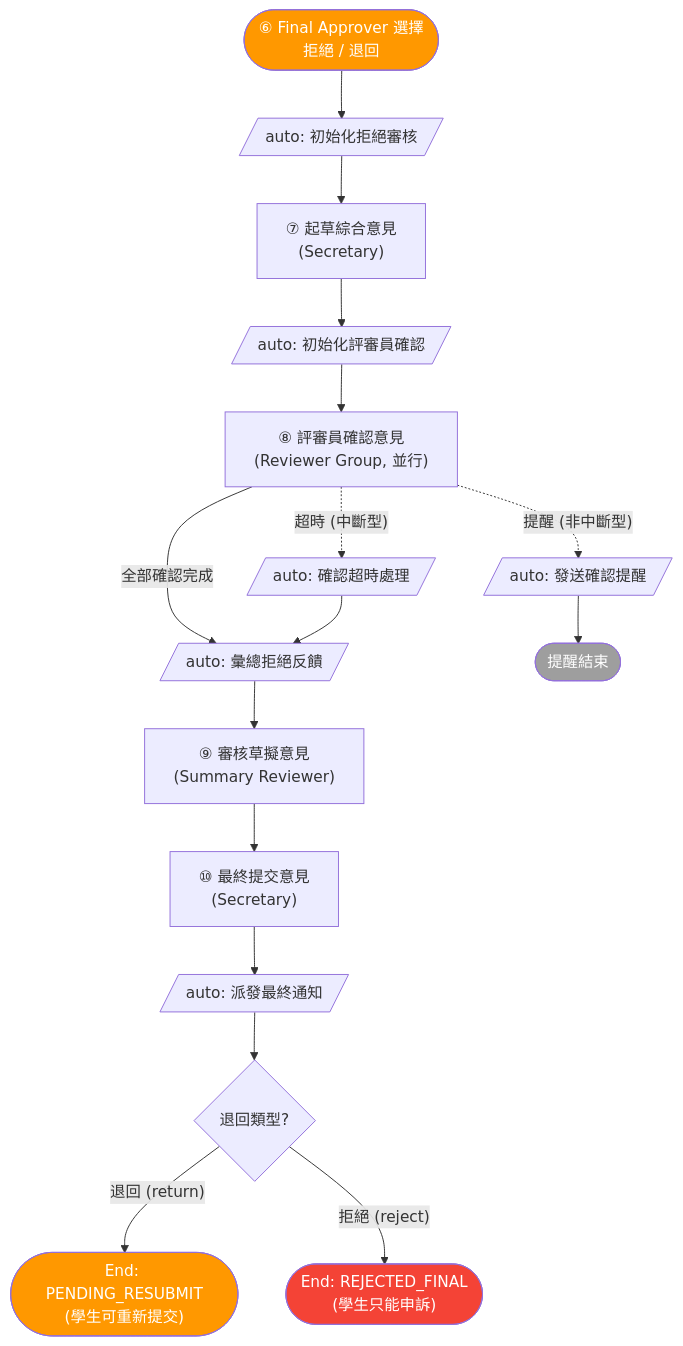
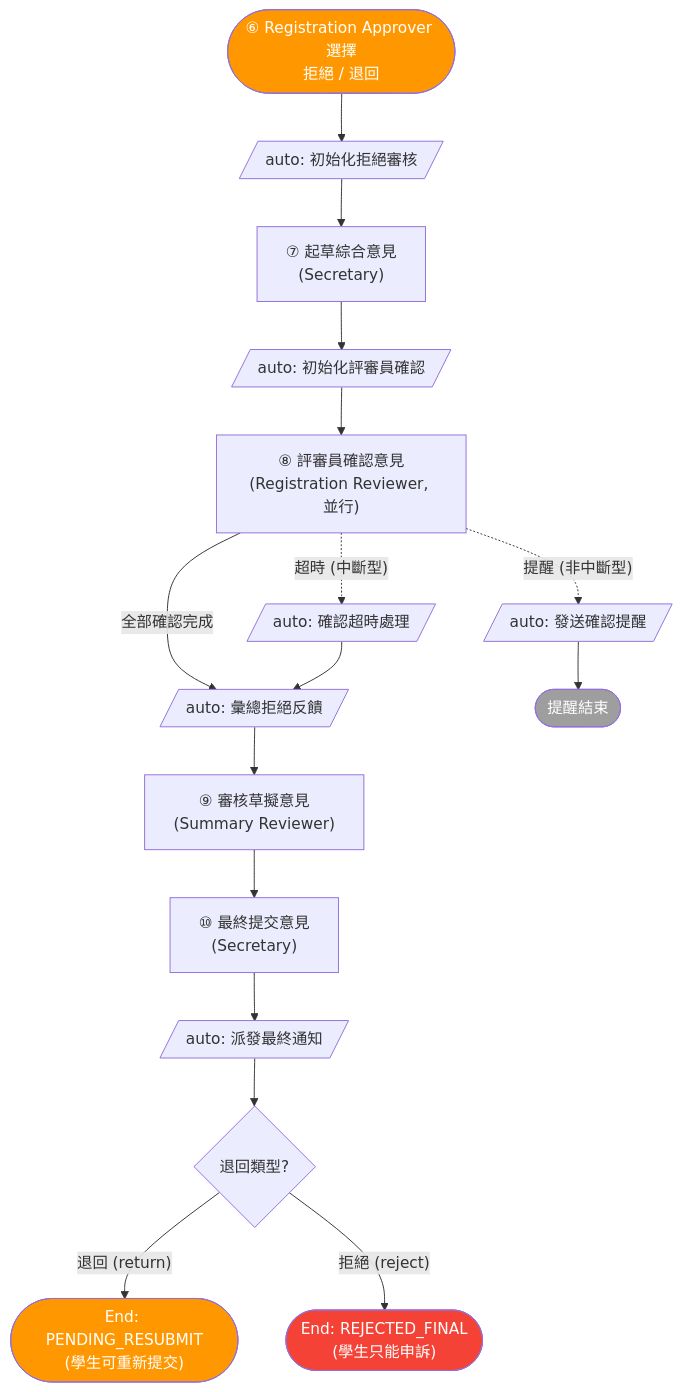
The second of 6 diagrams in student-org-workflow-flowcharts.md (OneStar-Projects/SLAS-Docs), drawn with Mermaid before and after one commit. The commit also changed other lines of this file and 1 other file, not shown here.

````diff
--- a/student-org-workflow-flowcharts.md
+++ b/student-org-workflow-flowcharts.md
@@ -205,33 +212,33 @@
 ```mermaid
 flowchart TD
-    EntryPoint(["⑥ Final Approver 選擇<br/>拒絕 / 退回"])
+    EntryPoint(["⑥ Registration Approver 選擇<br/>拒絕 / 退回"])
     EntryPoint --> InitRejection[/"auto: 初始化拒絕審核"/]
     InitRejection --> DraftOpinion
 
     DraftOpinion["⑦ 起草綜合意見<br/>(Secretary)"]
     DraftOpinion --> InitConfirm[/"auto: 初始化評審員確認"/]
     InitConfirm --> ReviewerConfirm
 
-    ReviewerConfirm["⑧ 評審員確認意見<br/>(Reviewer Group, 並行)"]
+    ReviewerConfirm["⑧ 評審員確認意見<br/>(Registration Reviewer, 並行)"]
     ReviewerConfirm -->|"全部確認完成"| SummarizeFeedback
     ReviewerConfirm -.->|"超時 (中斷型)"| ConfirmTimeout[/"auto: 確認超時處理"/]
     ReviewerConfirm -.->|"提醒 (非中斷型)"| ConfirmReminder[/"auto: 發送確認提醒"/]
 
     ConfirmTimeout --> SummarizeFeedback
     ConfirmReminder --> ConfirmReminderEnd(["提醒結束"])
 
     SummarizeFeedback[/"auto: 彙總拒絕反饋"/]
     SummarizeFeedback --> SummaryReview["⑨ 審核草擬意見<br/>(Summary Reviewer)"]
     SummaryReview --> SecretaryFinalSubmit["⑩ 最終提交意見<br/>(Secretary)"]
     SecretaryFinalSubmit --> EndNotify[/"auto: 派發最終通知"/]
     EndNotify --> TypeGate
 
     TypeGate{退回類型?}
     TypeGate -->|"退回 (return)"| EndResubmit(["End: PENDING_RESUBMIT<br/>(學生可重新提交)"])
     TypeGate -->|"拒絕 (reject)"| EndRejected(["End: REJECTED_FINAL<br/>(學生只能申訴)"])
 
     style EntryPoint fill:#FF9800,color:#fff
     style EndRejected fill:#f44336,color:#fff
     style EndResubmit fill:#FF9800,color:#fff
     style ConfirmReminderEnd fill:#9E9E9E,color:#fff
 ```
````
